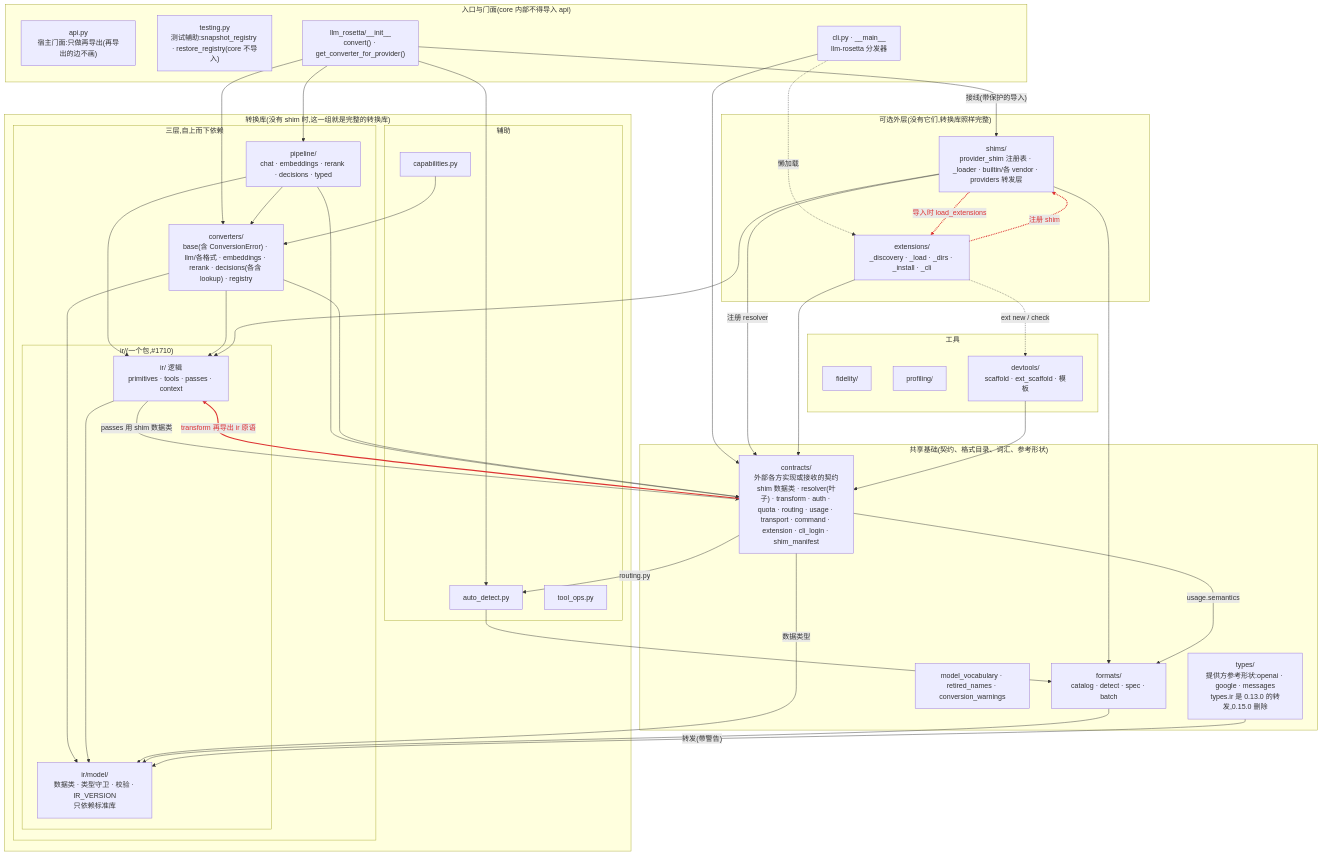
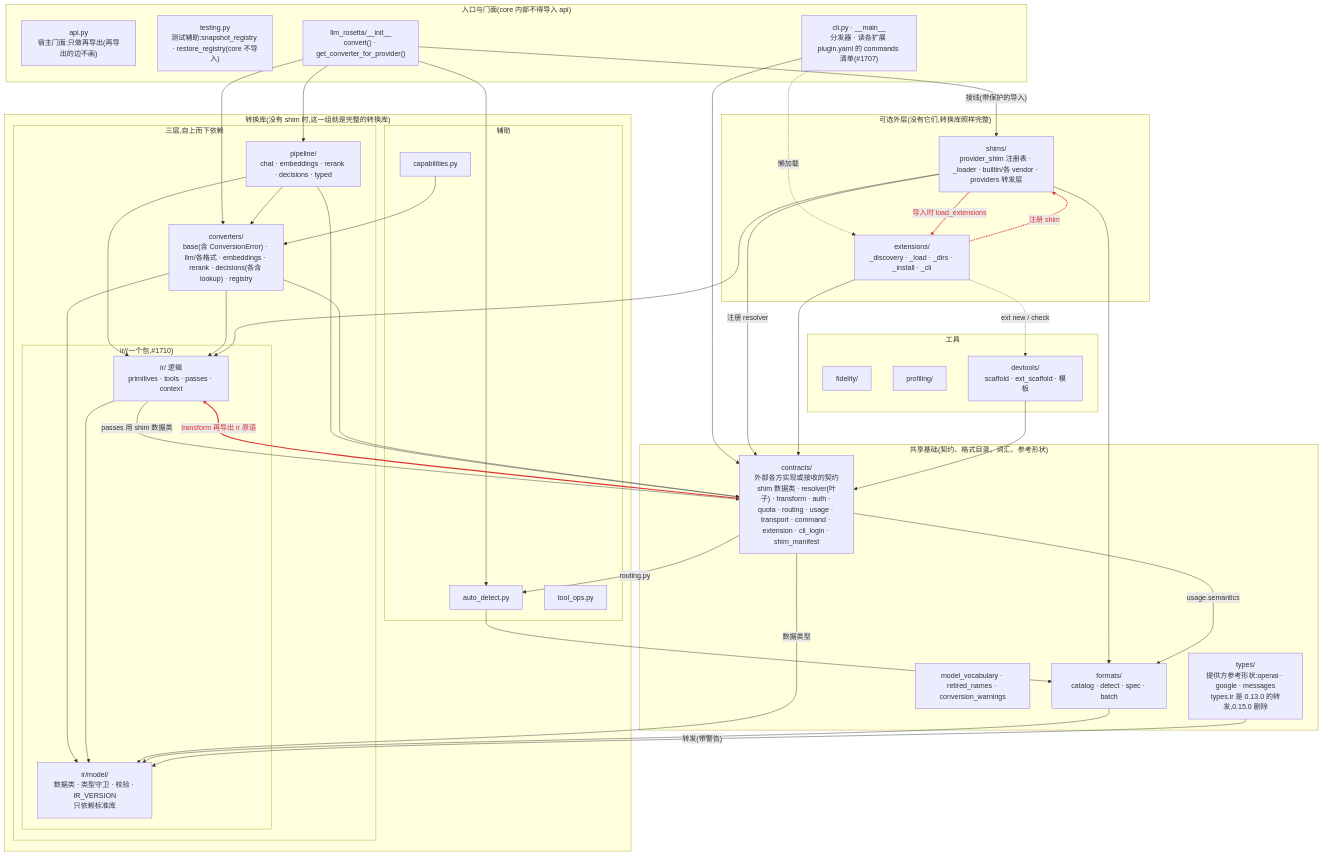
The diagram in core.mmd (Oaklight/llm-rosetta), drawn with Mermaid before and after one commit. The commit also changed 2 other files, not shown here.

Commit message:
core: the CLI dispatcher reads extension commands (#1707)

```diff
--- a/core.mmd
+++ b/core.mmd
@@ -1,73 +1,73 @@
 flowchart TB
   subgraph FACADE["入口与门面(core 内部不得导入 api)"]
     API["api.py<br/>宿主门面:只做再导出(再导出的边不画)"]
     TESTING["testing.py<br/>测试辅助:snapshot_registry · restore_registry(core 不导入)"]
     INIT["llm_rosetta/__init__<br/>convert() · get_converter_for_provider()"]
-    CLI["cli.py · __main__<br/>llm-rosetta 分发器"]
+    CLI["cli.py · __main__<br/>分发器 · 读各扩展 plugin.yaml 的 commands 清单(#1707)"]
   end
   subgraph CORE["转换库(没有 shim 时,这一组就是完整的转换库)"]
     subgraph TIERS["三层,自上而下依赖"]
       PIPE["pipeline/<br/>chat · embeddings · rerank · decisions · typed"]
       CVT["converters/<br/>base(含 ConversionError) · llm/各格式 · embeddings · rerank · decisions(各含 lookup) · registry"]
       subgraph IRCORE["ir/(一个包,#1710)"]
         IROPS["ir/ 逻辑<br/>primitives · tools · passes · context"]
         IRMODEL["ir/model/<br/>数据类 · 类型守卫 · 校验 · IR_VERSION<br/>只依赖标准库"]
       end
     end
     subgraph SIDE["辅助"]
       DET["auto_detect.py"]
       CAP["capabilities.py"]
       TOOL["tool_ops.py"]
     end
   end
   subgraph OPT["可选外层(没有它们,转换库照样完整)"]
     SHIM["shims/<br/>provider_shim 注册表 · _loader · builtin/各 vendor · providers 转发层"]
     EXTS["extensions/<br/>_discovery · _load · _dirs · _install · _cli"]
   end
   subgraph FOUND["共享基础(契约、格式目录、词汇、参考形状)"]
     CON["contracts/<br/>外部各方实现或接收的契约<br/>shim 数据类 · resolver(叶子) · transform · auth · quota · routing · usage · transport · command · extension · cli_login · shim_manifest"]
     FMT["formats/<br/>catalog · detect · spec · batch"]
     VOCAB["model_vocabulary · retired_names · conversion_warnings"]
     REF["types/<br/>提供方参考形状:openai · google · messages<br/>types.ir 是 0.13.0 的转发,0.15.0 删除"]
   end
   subgraph TOOLS["工具"]
     FID["fidelity/"]
     PROF["profiling/"]
     DEV["devtools/<br/>scaffold · ext_scaffold · 模板"]
   end
 
 
   INIT --> PIPE
   INIT --> CVT
   INIT -->|"接线(带保护的导入)"| SHIM
   INIT --> DET
   CLI --> CON
   CLI -.->|"懒加载"| EXTS
   PIPE --> CVT
   PIPE --> IROPS
   PIPE --> CON
   CVT --> IROPS
   CVT --> IRMODEL
   CVT --> CON
   IROPS --> IRMODEL
   IROPS -->|"passes 用 shim 数据类"| CON
   SHIM --> IROPS
   SHIM -->|"注册 resolver"| CON
   SHIM --> FMT
   SHIM -.->|"导入时 load_extensions"| EXTS
   EXTS -.->|"注册 shim"| SHIM
   EXTS --> CON
   EXTS -.->|"ext new / check"| DEV
   CON -->|"数据类型"| IRMODEL
   CON -->|"usage.semantics"| FMT
   CON -->|"routing.py"| DET
   CON -->|"transform 再导出 ir 原语"| IROPS
   DET --> FMT
   FMT --> IRMODEL
   CAP --> CVT
   DEV --> CON
   REF -->|"转发(带警告)"| IRMODEL
 
   linkStyle 17 stroke:#d33,stroke-width:2.5px,color:#d33
   linkStyle 18 stroke:#d33,stroke-width:2.5px,color:#d33
   linkStyle 24 stroke:#d33,stroke-width:2.5px,color:#d33
```
